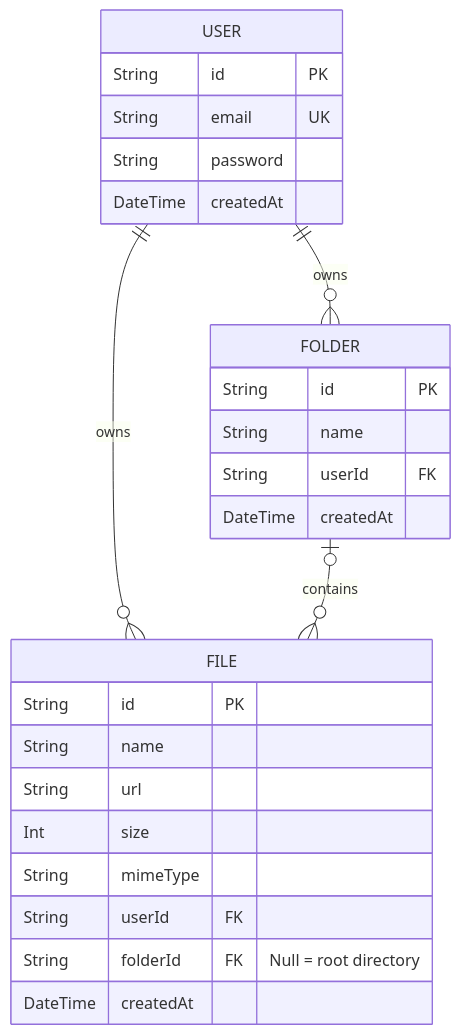
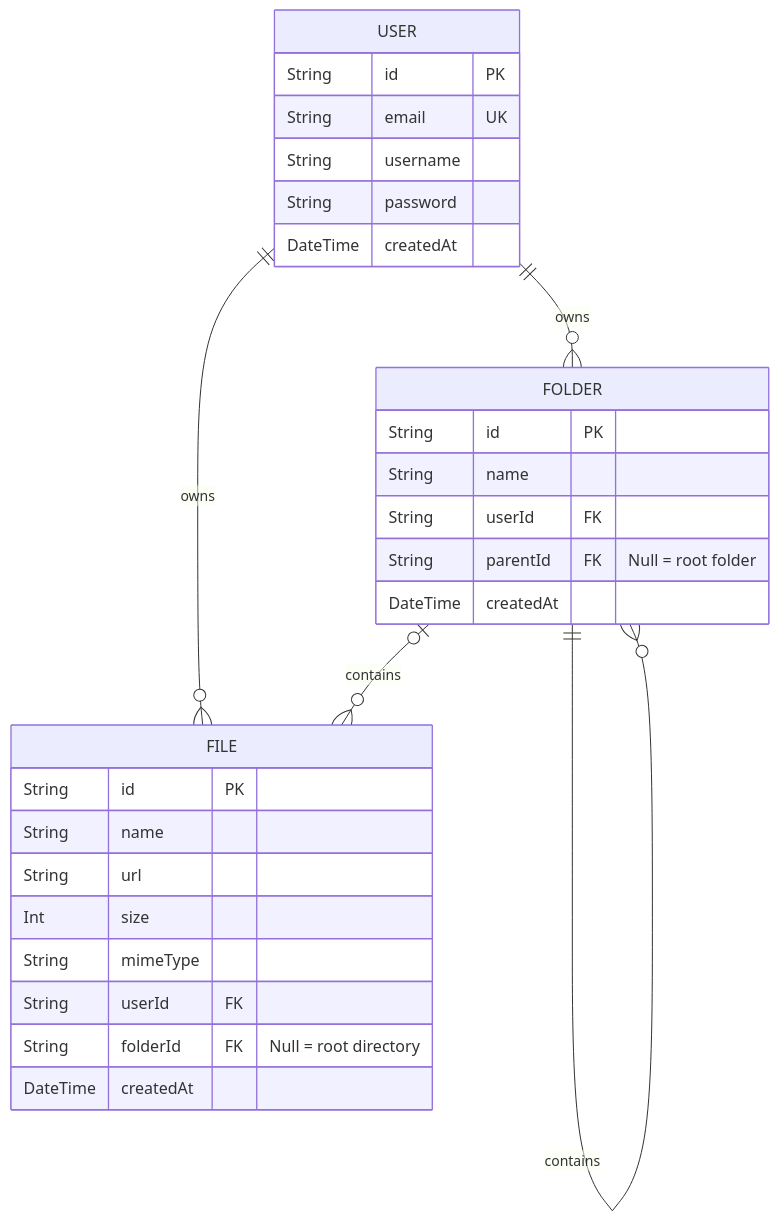
One commit to AlexLi1989/UDrive changed the diagram in README.md. Above: the diagram before and after it, drawn with Mermaid. The commit also changed other lines of this file and 7 other files, not shown here.

Commit message:
feat:update schema for folder-self relation

````diff
--- a/README.md
+++ b/README.md
@@ -82,31 +82,34 @@
 ```mermaid
 erDiagram
     USER ||--o{ FOLDER : "owns"
     USER ||--o{ FILE : "owns"
+    FOLDER ||--o{ FOLDER : "contains"
     FOLDER |o--o{ FILE : "contains"
 
     USER {
         String id PK
         String email UK
+        String username
         String password
         DateTime createdAt
     }
 
     FOLDER {
         String id PK
         String name
         String userId FK
+        String parentId FK "Null = root folder"
         DateTime createdAt
     }
 
     FILE {
         String id PK
         String name
         String url
         Int size
         String mimeType
         String userId FK
         String folderId FK "Null = root directory"
         DateTime createdAt
     }
 ```
````
